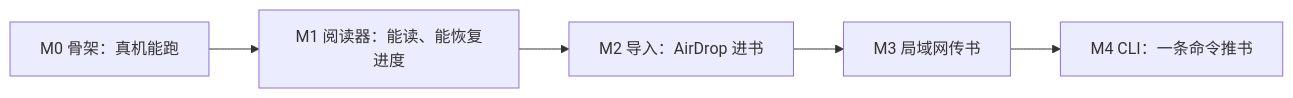
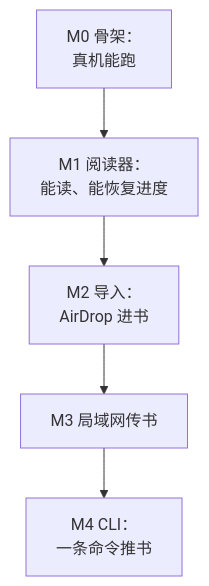
The second of 2 diagrams in books/product-thinking/07-roadmap.md (jarvis-pro/hatch-shelf), drawn with Mermaid before and after one commit. The commit also changed other lines of this file and 432 other files, not shown here.

````diff
--- a/books/product-thinking/07-roadmap.md
+++ b/books/product-thinking/07-roadmap.md
@@ -108,7 +108,7 @@
 ```mermaid
-flowchart LR
-  M0["M0 骨架：真机能跑"] --> M1["M1 阅读器：能读、能恢复进度"]
-  M1 --> M2["M2 导入：AirDrop 进书"]
+flowchart TD
+  M0["M0 骨架：<br/>真机能跑"] --> M1["M1 阅读器：<br/>能读、能恢复进度"]
+  M1 --> M2["M2 导入：<br/>AirDrop 进书"]
   M2 --> M3["M3 局域网传书"]
-  M3 --> M4["M4 CLI：一条命令推书"]
+  M3 --> M4["M4 CLI：<br/>一条命令推书"]
 ```
````
